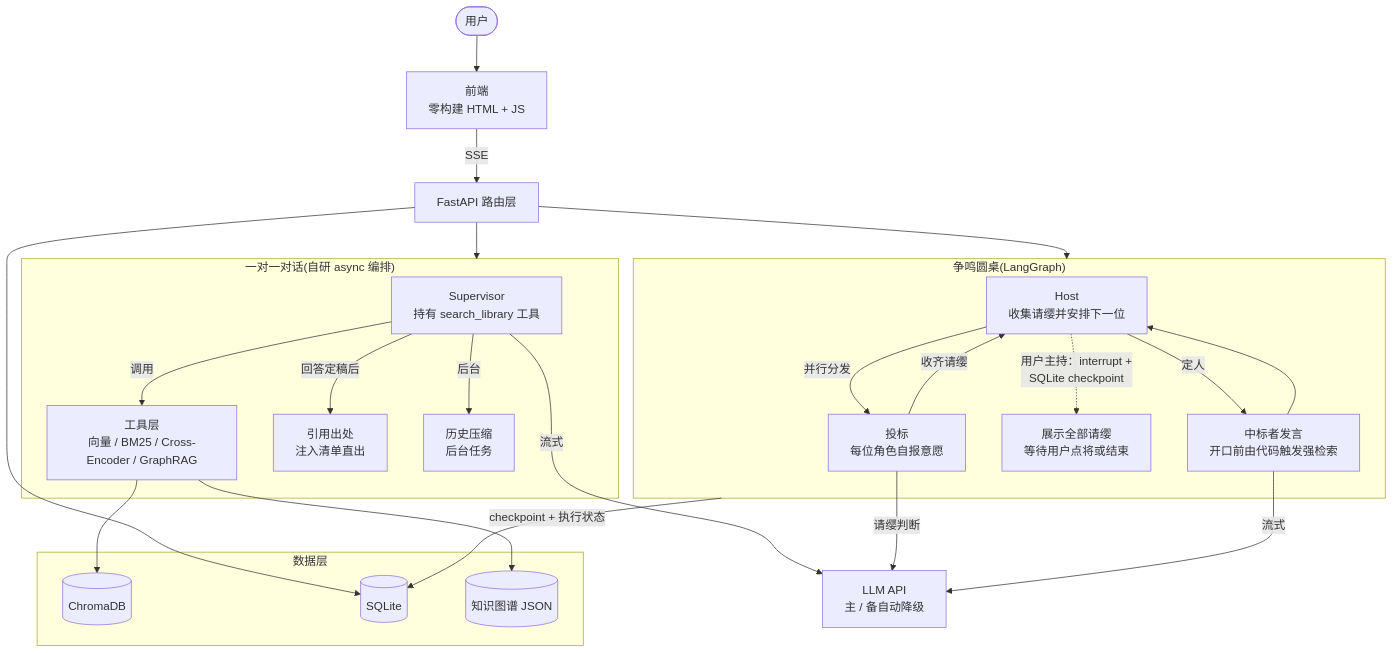
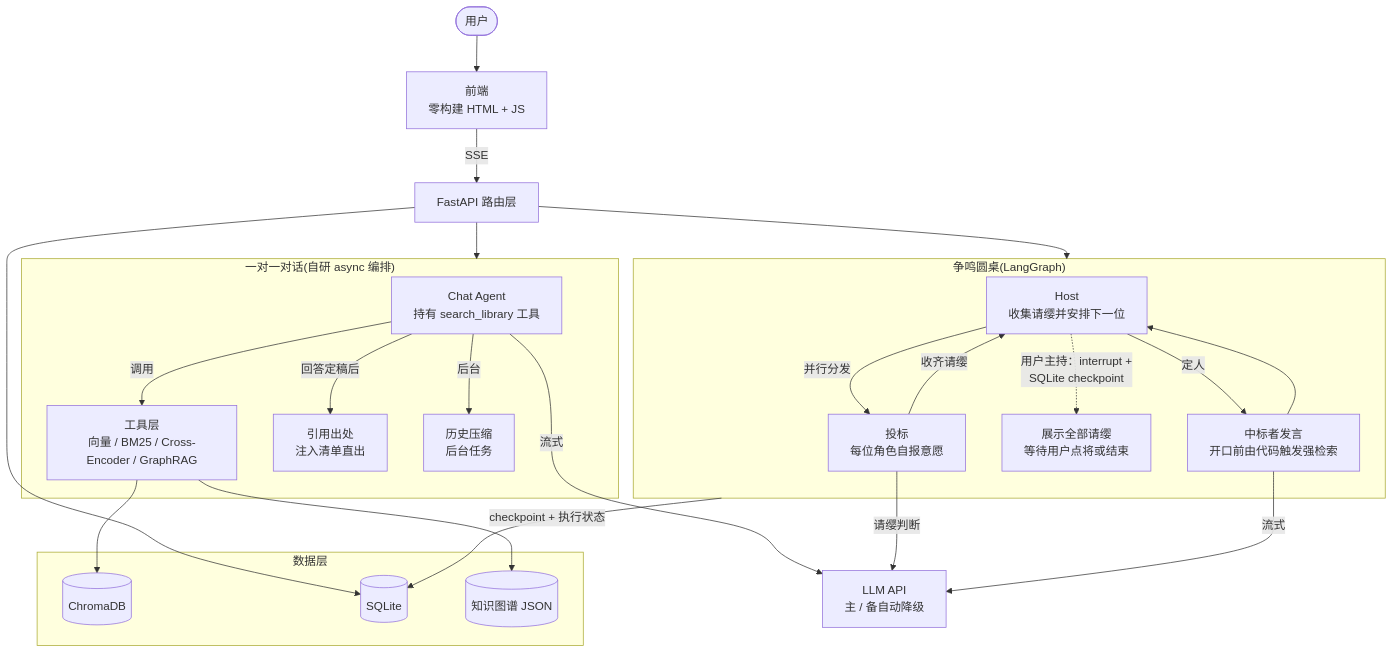
One commit to ThekingofAI91/cuxi changed the diagram in README.md. Above: the diagram before and after it, drawn with Mermaid. The commit also changed other lines of this file and 23 other files, not shown here.

First line of the commit message:
一对一执行体改名 chat_agent，删掉冒充 supervisor 的死字段

````diff
--- a/README.md
+++ b/README.md
@@ -52,44 +52,44 @@
 ```mermaid
 flowchart TD
     User([用户]) --> UI[前端<br/>零构建 HTML + JS]
     UI -->|SSE| API[FastAPI 路由层]
 
     subgraph OneOnOne["一对一对话(自研 async 编排)"]
-        Sup[Supervisor<br/>持有 search_library 工具]
+        Sup[Chat Agent<br/>持有 search_library 工具]
         Tools[工具层<br/>向量 / BM25 / Cross-Encoder / GraphRAG]
         Cite[引用出处<br/>注入清单直出]
         Compress[历史压缩<br/>后台任务]
         Sup -->|调用| Tools
         Sup -->|回答定稿后| Cite
         Sup -->|后台| Compress
     end
 
     subgraph Roundtable["争鸣圆桌(LangGraph)"]
         Host[Host<br/>收集请缨并安排下一位]
         Bid[投标<br/>每位角色自报意愿]
         Participants[中标者发言<br/>开口前由代码触发强检索]
         Host -->|并行分发| Bid
         Bid -->|收齐请缨| Host
         Host -->|定人| Participants
         Participants --> Host
         Host -.->|用户主持：interrupt +<br/>SQLite checkpoint| Wait[展示全部请缨<br/>等待用户点将或结束]
     end
 
     subgraph Data["数据层"]
         Chroma[(ChromaDB)]
         SQLite[(SQLite)]
         Graph[(知识图谱 JSON)]
     end
 
     API --> OneOnOne
     API --> Roundtable
     Tools --> Chroma
     Tools --> Graph
     API --> SQLite
     Roundtable -->|checkpoint + 执行状态| SQLite
 
     LLM[LLM API<br/>主 / 备自动降级]
     Sup -->|流式| LLM
     Bid -->|请缨判断| LLM
     Participants -->|流式| LLM
 ```
````
